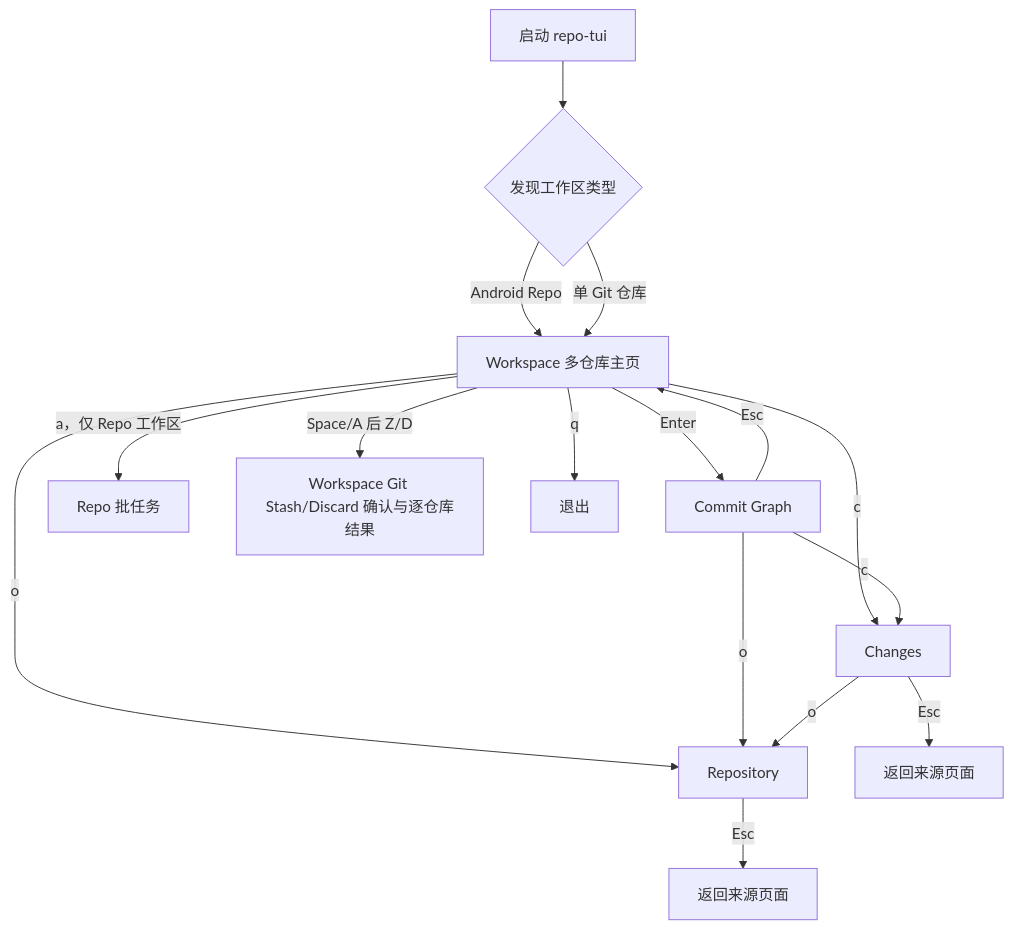
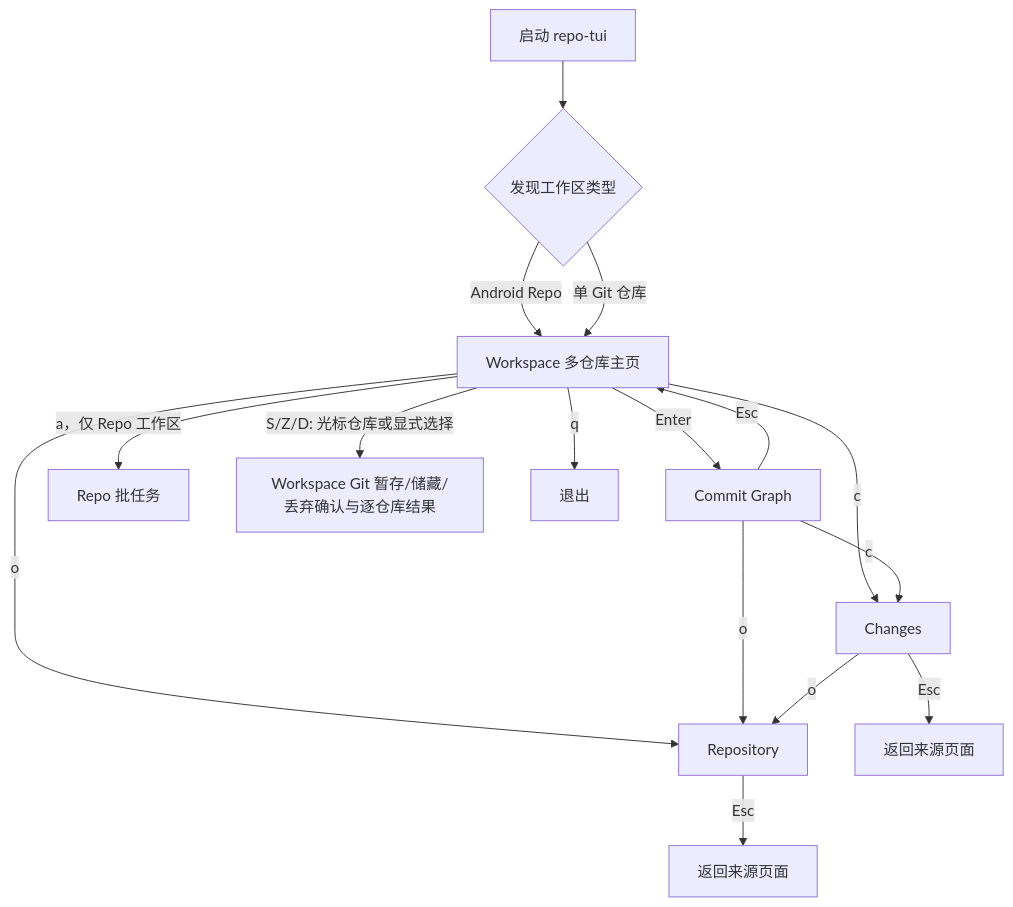
The first of 7 diagrams in docs/USER_GUIDE.md (Trigger-CN/trepo), drawn with Mermaid before and after one commit. The commit also changed other lines of this file and 14 other files, not shown here.

First line of the commit message:
✨ feat(workspace): 支持整仓 Git 操作并改进状态配色

````diff
--- a/docs/USER_GUIDE.md
+++ b/docs/USER_GUIDE.md
@@ -51,21 +51,21 @@
 ```mermaid
 flowchart TD
     S[启动 repo-tui] --> D{发现工作区类型}
     D -->|Android Repo| W[Workspace 多仓库主页]
     D -->|单 Git 仓库| W
 
     W -->|Enter| G[Commit Graph]
     W -->|c| C[Changes]
     W -->|o| R[Repository]
     W -->|a，仅 Repo 工作区| B[Repo 批任务]
-    W -->|Space/A 后 Z/D| WG[Workspace Git Stash/Discard 确认与逐仓库结果]
+    W -->|S/Z/D: 光标仓库或显式选择| WG[Workspace Git 暂存/储藏/丢弃确认与逐仓库结果]
 
     G -->|c| C
     G -->|o| R
     C -->|o| R
 
     G -->|Esc| W
     C -->|Esc| P1[返回来源页面]
     R -->|Esc| P2[返回来源页面]
     W -->|q| E[退出]
 ```
````
